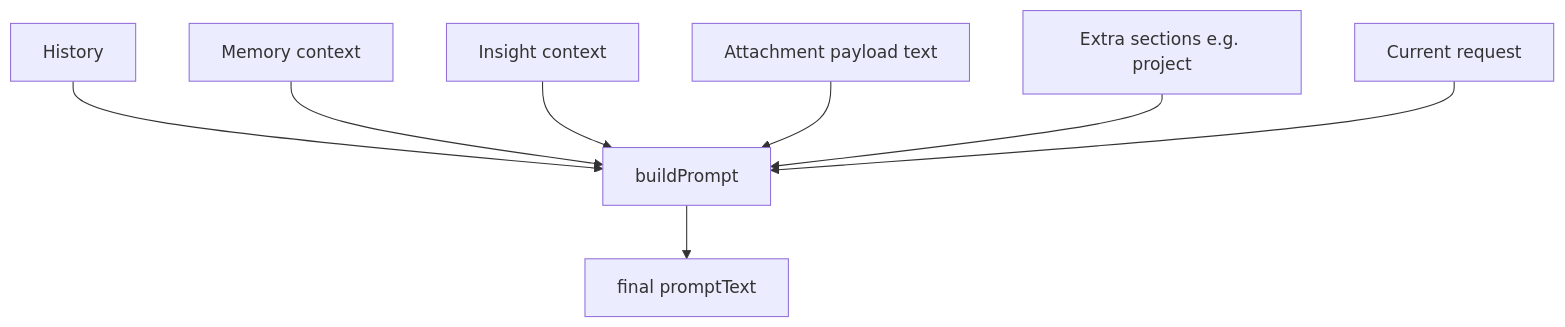
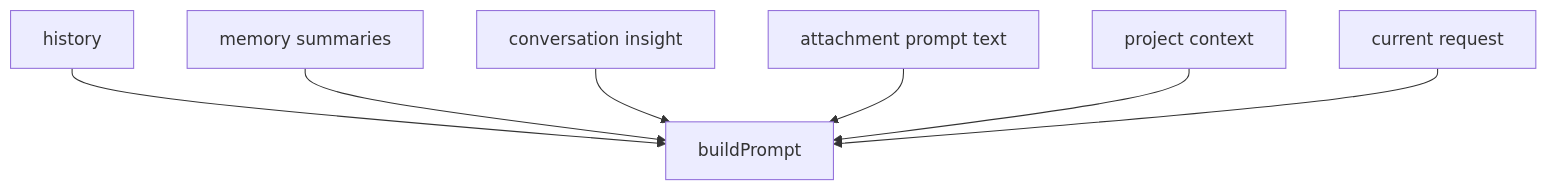
The diagram in docs/ai/15-prompt-construction.md (Ganesh172919/Backend_Practice), drawn with Mermaid before and after one commit. The commit also changed other lines of this file and 122 other files, not shown here.

````diff
--- a/docs/ai/15-prompt-construction.md
+++ b/docs/ai/15-prompt-construction.md
@@ -31,10 +88,9 @@
 ```mermaid
 flowchart TD
-    H["History"] --> P["buildPrompt"]
-    M["Memory context"] --> P
-    I["Insight context"] --> P
-    A["Attachment payload text"] --> P
-    E["Extra sections e.g. project"] --> P
-    U["Current request"] --> P
-    P --> Out["final promptText"]
+  A["history"] --> P["buildPrompt"]
+  B["memory summaries"] --> P
+  C["conversation insight"] --> P
+  D["attachment prompt text"] --> P
+  E["project context"] --> P
+  F["current request"] --> P
 ```
````
